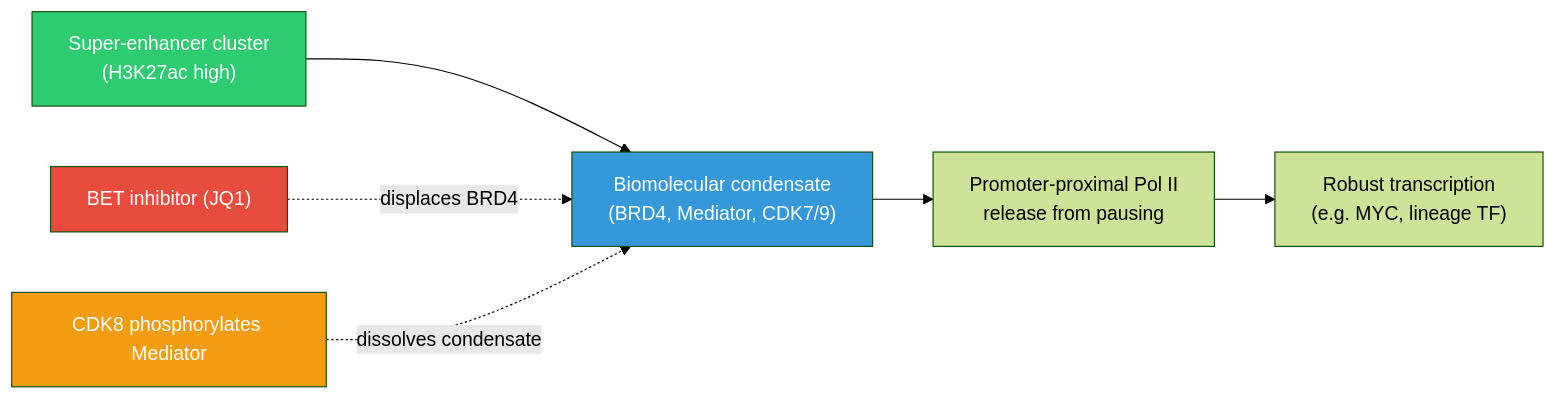
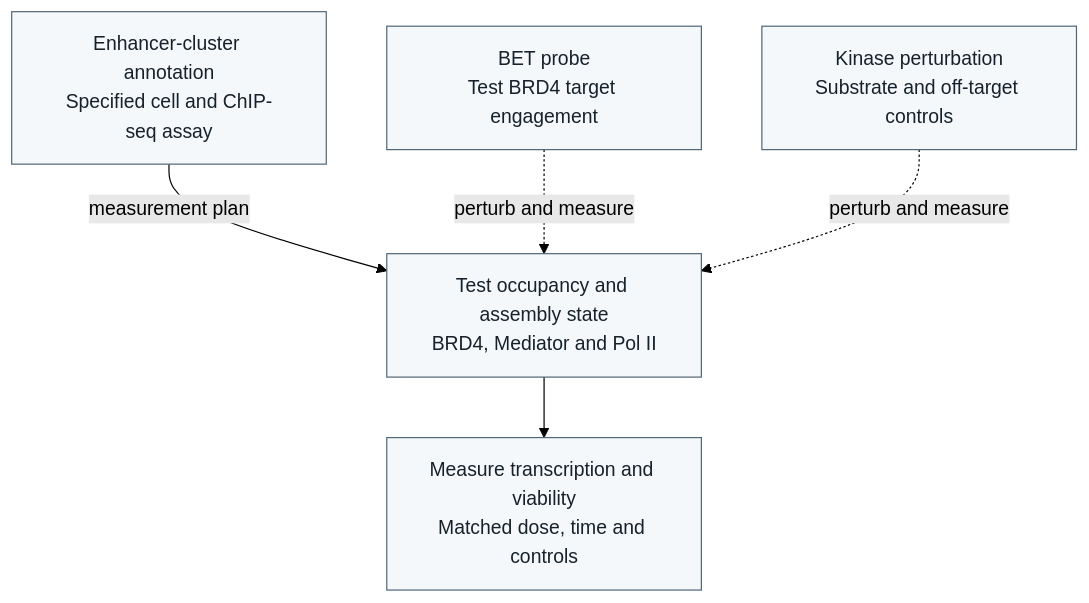
Before and after one commit to docxology/biology_textbook: the first of 3 diagrams in docs/manuscript/unit_IV/epigenetic_inheritance_and_disease.md, drawn with Mermaid (forest theme). The commit also changed other lines of this file and 21 other files, not shown here.

````diff
--- a/docs/manuscript/unit_IV/epigenetic_inheritance_and_disease.md
+++ b/docs/manuscript/unit_IV/epigenetic_inheritance_and_disease.md
@@ -84,12 +84,9 @@
 ```mermaid
-flowchart LR
-    SE["Super-enhancer cluster\n(H3K27ac high)"] --> C["Biomolecular condensate\n(BRD4, Mediator, CDK7/9)"]
-    C --> P["Promoter-proximal Pol II\nrelease from pausing"]
-    P --> Tx["Robust transcription\n(e.g. MYC, lineage TF)"]
-    BET["BET inhibitor (JQ1)"] -.->|displaces BRD4| C
-    CDK8["CDK8 phosphorylates Mediator"] -.->|dissolves condensate| C
-    style SE fill:#2ecc71,color:#fff
-    style C fill:#3498db,color:#fff
-    style BET fill:#e74c3c,color:#fff
-    style CDK8 fill:#f39c12,color:#fff
+flowchart TD
+    SE["Enhancer-cluster annotation<br/>Specified cell and ChIP-seq assay"] -->|measurement plan| C["Test occupancy and assembly state<br/>BRD4, Mediator and Pol II"]
+    C --> P["Measure transcription and viability<br/>Matched dose, time and controls"]
+    BET["BET probe<br/>Test BRD4 target engagement"] -.->|perturb and measure| C
+    KIN["Kinase perturbation<br/>Substrate and off-target controls"] -.->|perturb and measure| C
+    classDef measured fill:#f4f8fb,stroke:#526777,color:#17212b
+    class SE,C,P,BET,KIN measured
 ```
````
